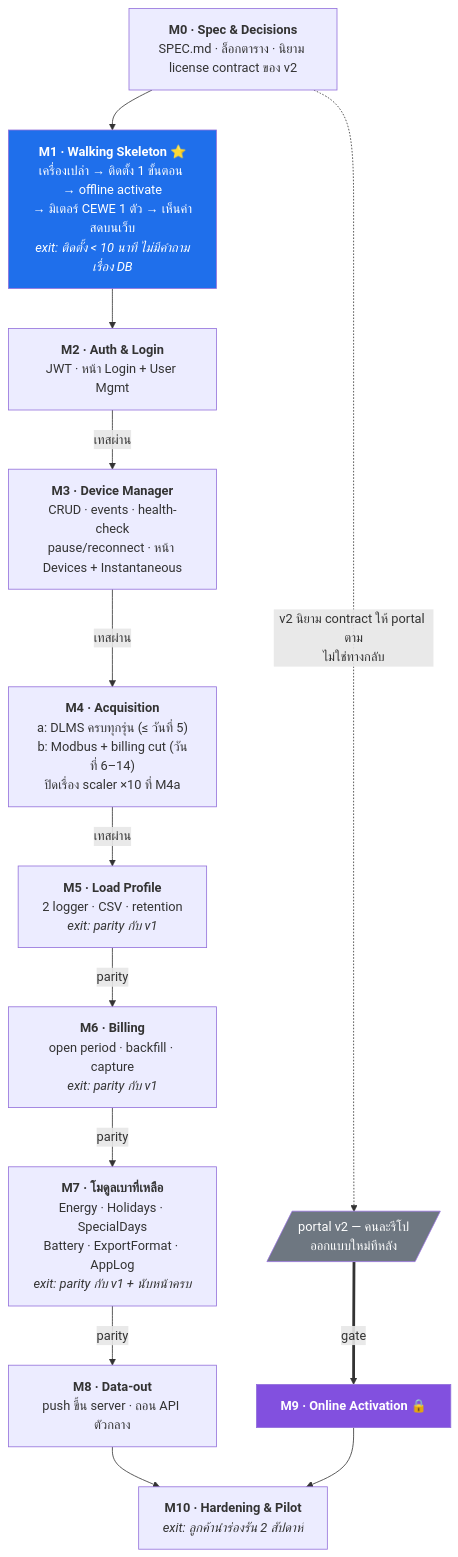
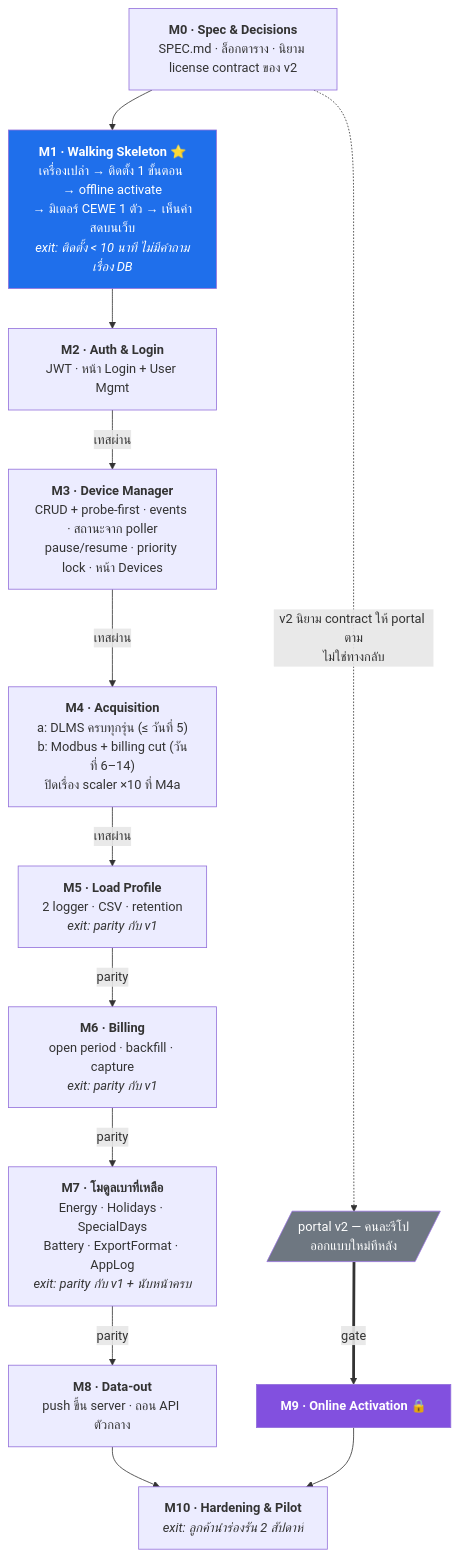
Before and after one commit to sunchanin/arichds-application-v2: the second of 4 diagrams in docs/REMAKE-PLAN.md, drawn with Mermaid. The commit also changed other lines of this file and 6 other files, not shown here.

````diff
--- a/docs/REMAKE-PLAN.md
+++ b/docs/REMAKE-PLAN.md
@@ -65,23 +65,23 @@
 ```mermaid
 flowchart TD
     M0["<b>M0 · Spec & Decisions</b><br/>SPEC.md · ล็อกตาราง · นิยาม license contract ของ v2"]
     M1["<b>M1 · Walking Skeleton</b> ⭐<br/>เครื่องเปล่า → ติดตั้ง 1 ขั้นตอน → offline activate<br/>→ มิเตอร์ CEWE 1 ตัว → เห็นค่าสดบนเว็บ<br/><i>exit: ติดตั้ง &lt; 10 นาที ไม่มีคำถามเรื่อง DB</i>"]
     M2["<b>M2 · Auth & Login</b><br/>JWT · หน้า Login + User Mgmt"]
-    M3["<b>M3 · Device Manager</b><br/>CRUD · events · health-check<br/>pause/reconnect · หน้า Devices + Instantaneous"]
+    M3["<b>M3 · Device Manager</b><br/>CRUD + probe-first · events · สถานะจาก poller<br/>pause/resume · priority lock · หน้า Devices"]
     M4["<b>M4 · Acquisition</b><br/>a: DLMS ครบทุกรุ่น (≤ วันที่ 5)<br/>b: Modbus + billing cut (วันที่ 6–14)<br/>ปิดเรื่อง scaler ×10 ที่ M4a"]
     M5["<b>M5 · Load Profile</b><br/>2 logger · CSV · retention<br/><i>exit: parity กับ v1</i>"]
     M6["<b>M6 · Billing</b><br/>open period · backfill · capture<br/><i>exit: parity กับ v1</i>"]
     M7["<b>M7 · โมดูลเบาที่เหลือ</b><br/>Energy · Holidays · SpecialDays<br/>Battery · ExportFormat · AppLog<br/><i>exit: parity กับ v1 + นับหน้าครบ</i>"]
     M8["<b>M8 · Data-out</b><br/>push ขึ้น server · ถอน API ตัวกลาง"]
     M9["<b>M9 · Online Activation</b> 🔒"]
     M10["<b>M10 · Hardening & Pilot</b><br/><i>exit: ลูกค้านำร่องรัน 2 สัปดาห์</i>"]
     PORTAL[/"portal v2 — คนละรีโป<br/>ออกแบบใหม่ทีหลัง"/]
 
     M0 --> M1 --> M2 -- "เทสผ่าน" --> M3 -- "เทสผ่าน" --> M4 -- "เทสผ่าน" --> M5 -- "parity" --> M6 -- "parity" --> M7 -- "parity" --> M8 --> M10
     M0 -. "v2 นิยาม contract ให้ portal ตาม<br/>ไม่ใช่ทางกลับ" .-> PORTAL
     PORTAL == "gate" ==> M9 --> M10
 
     style M1 fill:#1f6feb,color:#fff
     style M9 fill:#8250df,color:#fff
     style PORTAL fill:#6e7781,color:#fff
 ```
````
